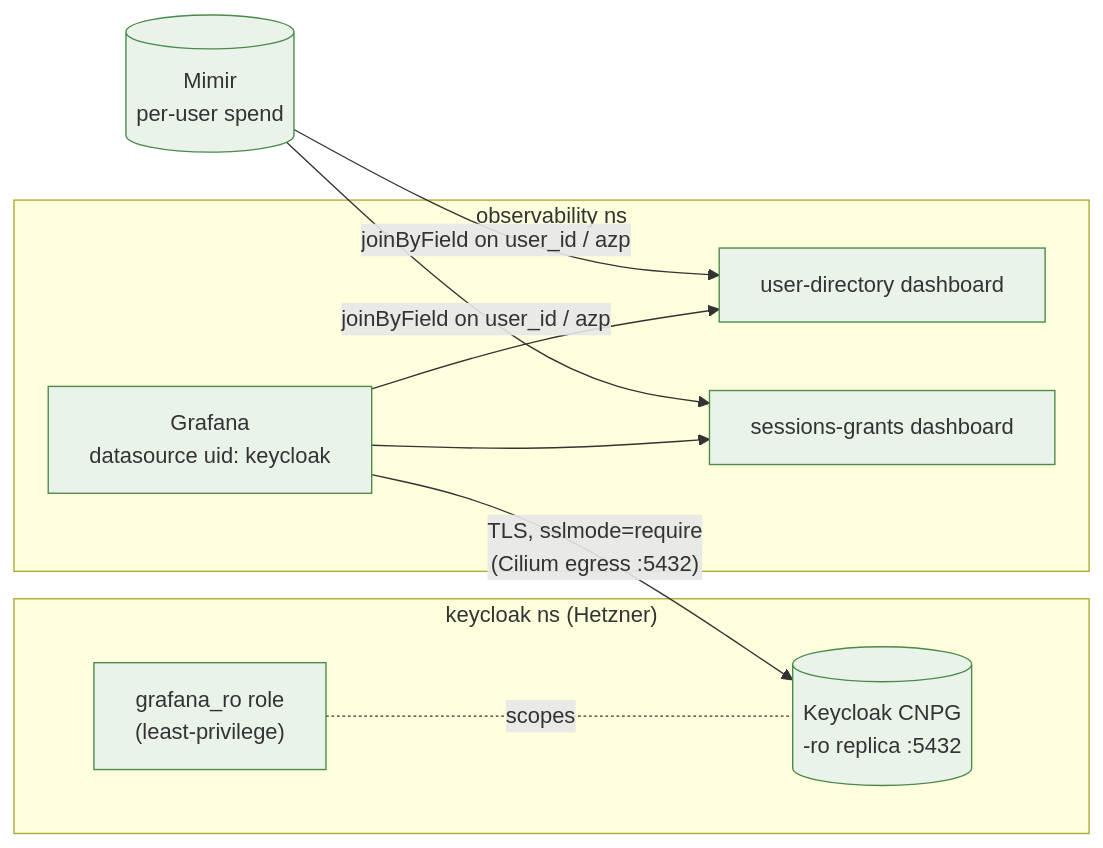
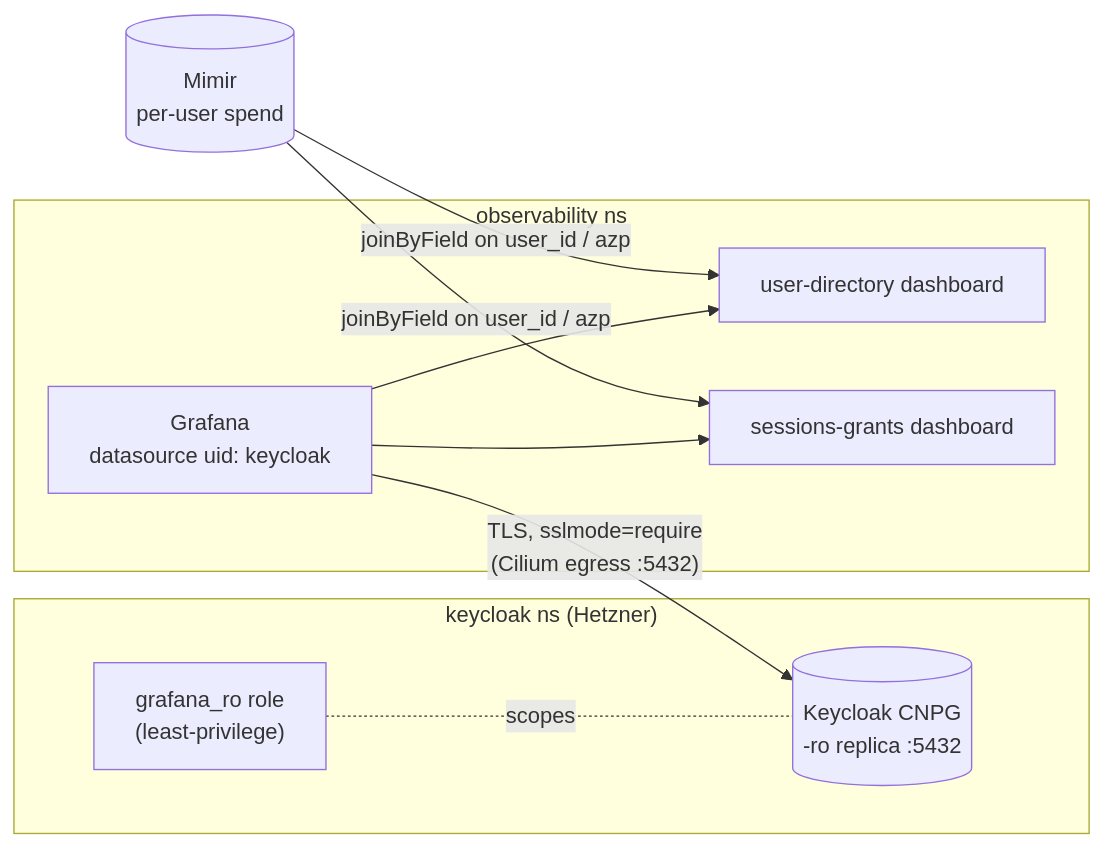
Before and after one commit to ADORSYS-GIS/ai-helm: the diagram in docs/keycloak-identity-datasource.md, drawn with Mermaid. The commit also changed 13 other files, not shown here.

First line of the commit message:
docs(architecture): uncolor all mermaid; refresh CD/components; add diagrams

````diff
--- a/docs/keycloak-identity-datasource.md
+++ b/docs/keycloak-identity-datasource.md
@@ -29,18 +29,17 @@
 ```mermaid
 flowchart LR
     subgraph KC["keycloak ns (Hetzner)"]
-      DB[("Keycloak CNPG<br/>-ro replica :5432")]:::own
-      ROLE["grafana_ro role<br/>(least-privilege)"]:::own
+      DB[("Keycloak CNPG<br/>-ro replica :5432")]
+      ROLE["grafana_ro role<br/>(least-privilege)"]
     end
     subgraph OBS["observability ns"]
-      G["Grafana<br/>datasource uid: keycloak"]:::own
-      D1["user-directory dashboard"]:::own
-      D2["sessions-grants dashboard"]:::own
+      G["Grafana<br/>datasource uid: keycloak"]
+      D1["user-directory dashboard"]
+      D2["sessions-grants dashboard"]
     end
-    MIMIR[("Mimir<br/>per-user spend")]:::own
+    MIMIR[("Mimir<br/>per-user spend")]
     G -->|"TLS, sslmode=require<br/>(Cilium egress :5432)"| DB
     ROLE -.scopes.- DB
     G --> D1 & D2
     MIMIR -->|"joinByField on user_id / azp"| D1 & D2
-    classDef own fill:#eaf3ea,stroke:#4a8a4a;
 ```
````
